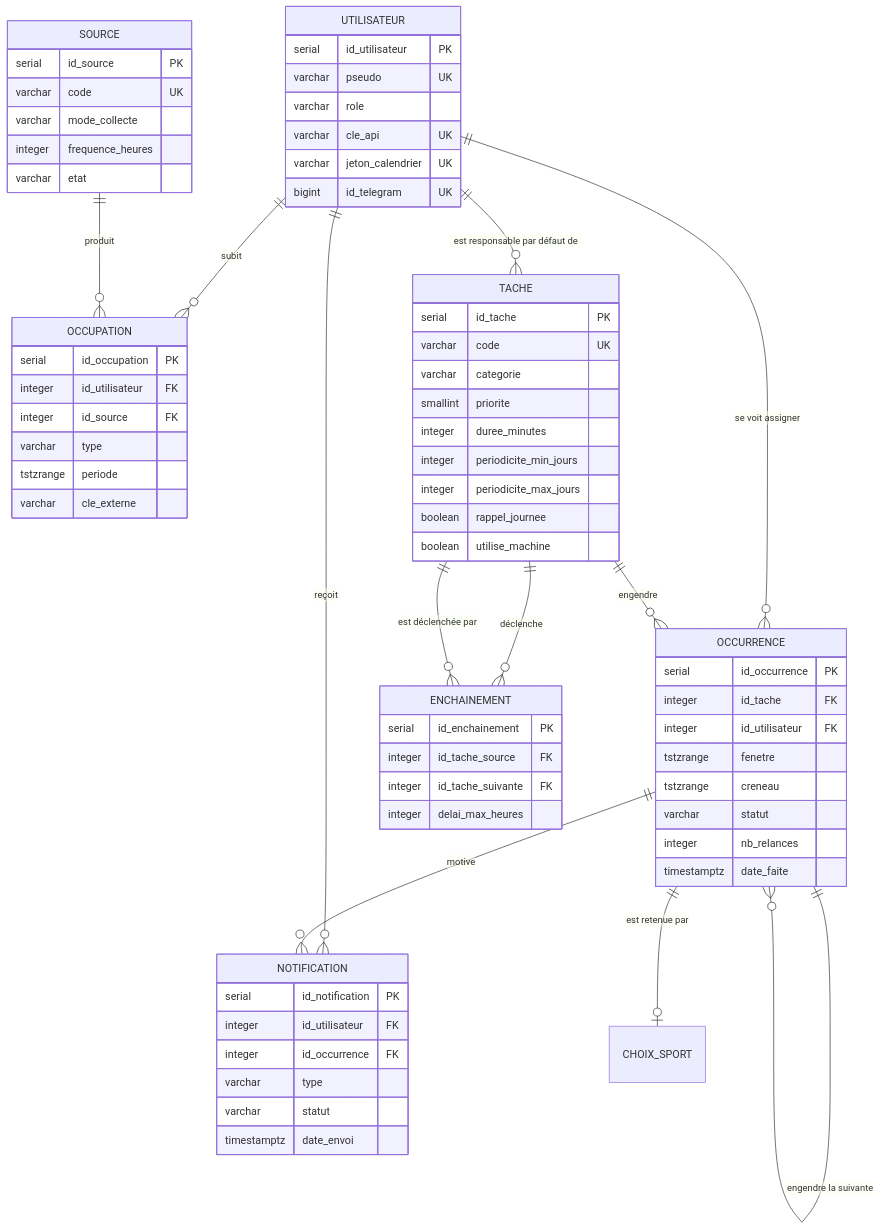
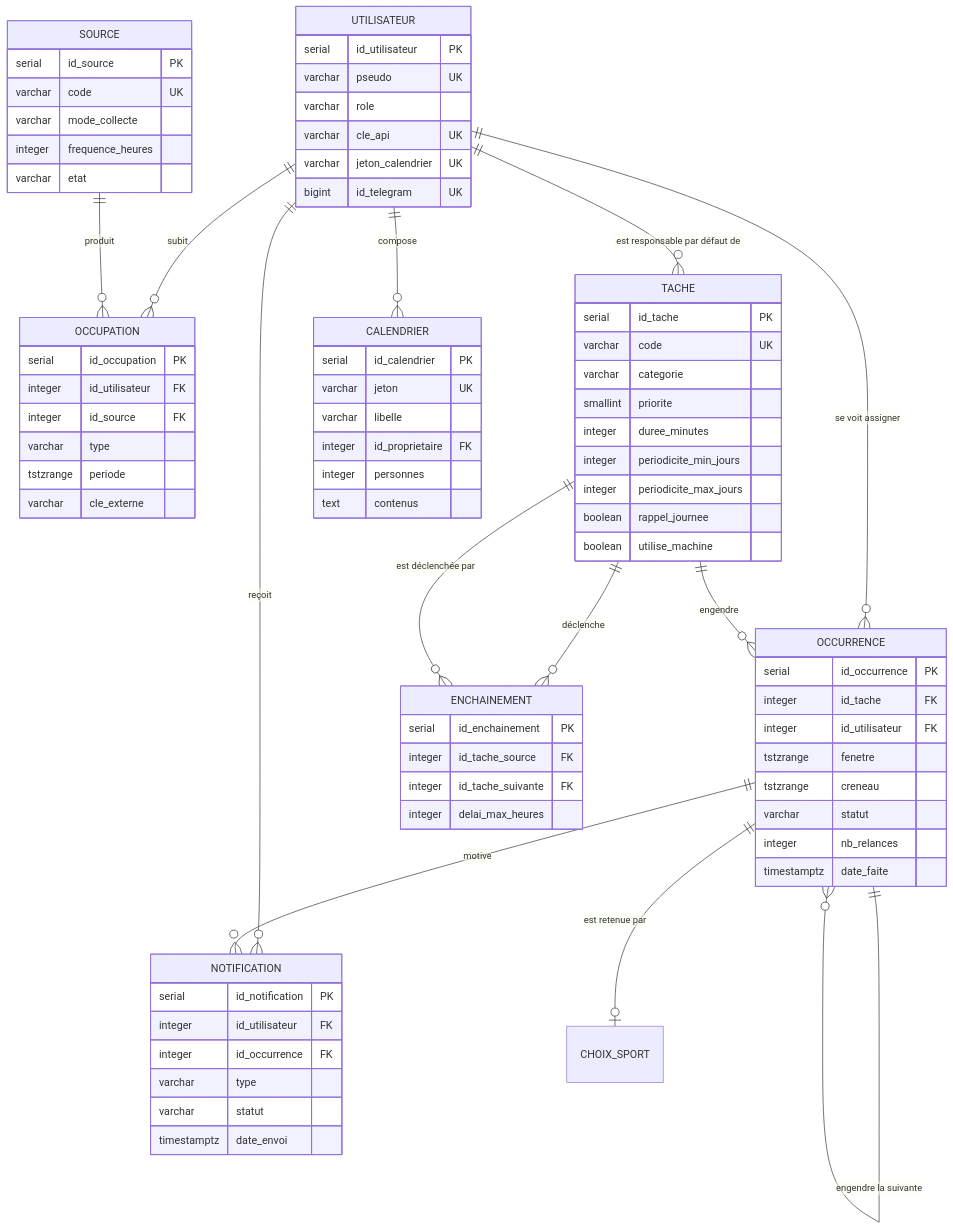
The diagram in cahier-des-charges.md (DocXydre/Projet_Emploie_du_temps), drawn with Mermaid before and after one commit. The commit also changed other lines of this file and 10 other files, not shown here.

````diff
--- a/cahier-des-charges.md
+++ b/cahier-des-charges.md
@@ -316,73 +321,82 @@
 ```mermaid
 erDiagram
     UTILISATEUR ||--o{ OCCUPATION   : "subit"
     UTILISATEUR ||--o{ OCCURRENCE   : "se voit assigner"
     UTILISATEUR ||--o{ NOTIFICATION : "reçoit"
     UTILISATEUR ||--o{ TACHE        : "est responsable par défaut de"
     SOURCE      ||--o{ OCCUPATION   : "produit"
     TACHE       ||--o{ OCCURRENCE   : "engendre"
     TACHE       ||--o{ ENCHAINEMENT : "déclenche"
     TACHE       ||--o{ ENCHAINEMENT : "est déclenchée par"
     OCCURRENCE  ||--o{ NOTIFICATION : "motive"
     OCCURRENCE  ||--o| CHOIX_SPORT  : "est retenue par"
     OCCURRENCE  ||--o{ OCCURRENCE   : "engendre la suivante"
+    UTILISATEUR ||--o{ CALENDRIER   : "compose"
 
     UTILISATEUR {
         serial  id_utilisateur PK
         varchar pseudo UK
         varchar role
         varchar cle_api UK
         varchar jeton_calendrier UK
         bigint  id_telegram UK
     }
     SOURCE {
         serial  id_source PK
         varchar code UK
         varchar mode_collecte
         integer frequence_heures
         varchar etat
     }
     OCCUPATION {
         serial    id_occupation PK
         integer   id_utilisateur FK
         integer   id_source FK
         varchar   type
         tstzrange periode
         varchar   cle_externe
     }
     TACHE {
         serial   id_tache PK
         varchar  code UK
         varchar  categorie
         smallint priorite
         integer  duree_minutes
         integer  periodicite_min_jours
         integer  periodicite_max_jours
         boolean  rappel_journee
         boolean  utilise_machine
     }
     ENCHAINEMENT {
         serial  id_enchainement PK
         integer id_tache_source FK
         integer id_tache_suivante FK
         integer delai_max_heures
     }
     OCCURRENCE {
         serial      id_occurrence PK
         integer     id_tache FK
         integer     id_utilisateur FK
         tstzrange   fenetre
         tstzrange   creneau
         varchar     statut
         integer     nb_relances
         timestamptz date_faite
     }
+    CALENDRIER {
+        serial    id_calendrier PK
+        varchar   jeton UK
+        varchar   libelle
+        integer   id_proprietaire FK
+        integer   personnes
+        text      contenus
+    }
     NOTIFICATION {
         serial      id_notification PK
         integer     id_utilisateur FK
         integer     id_occurrence FK
         varchar     type
         varchar     statut
         timestamptz date_envoi
     }
 ```
````
